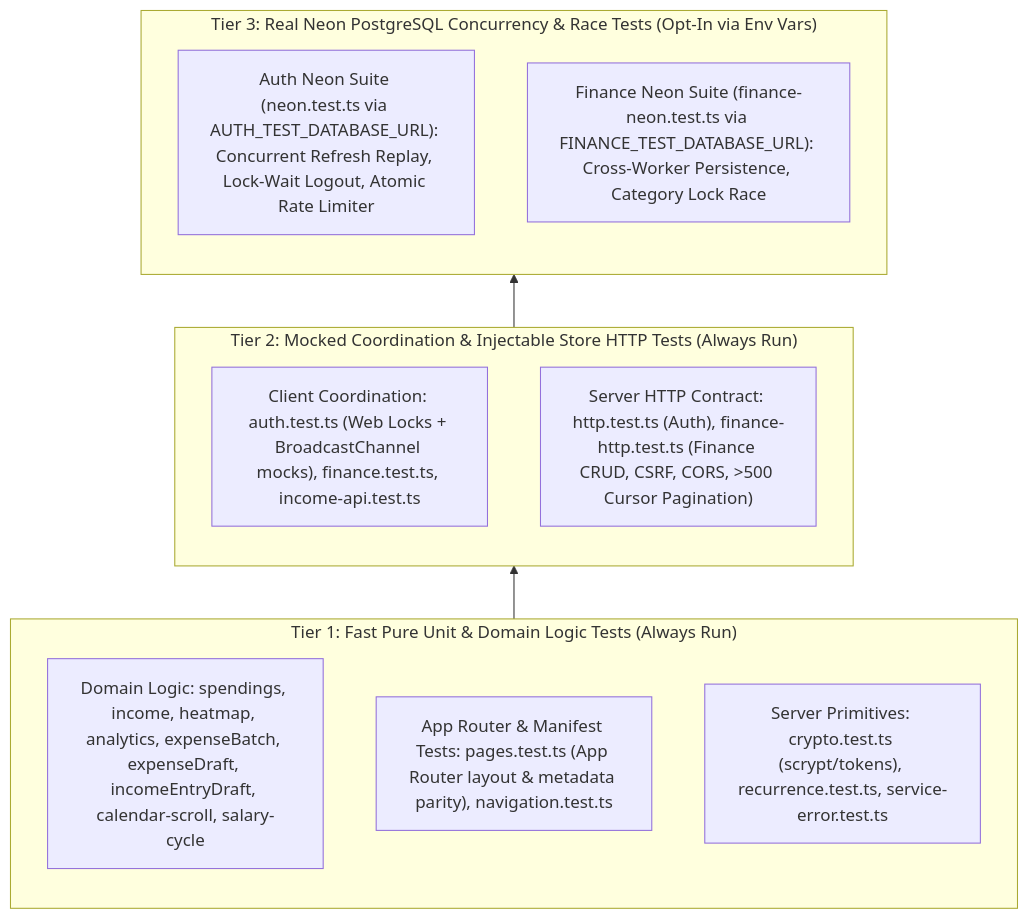
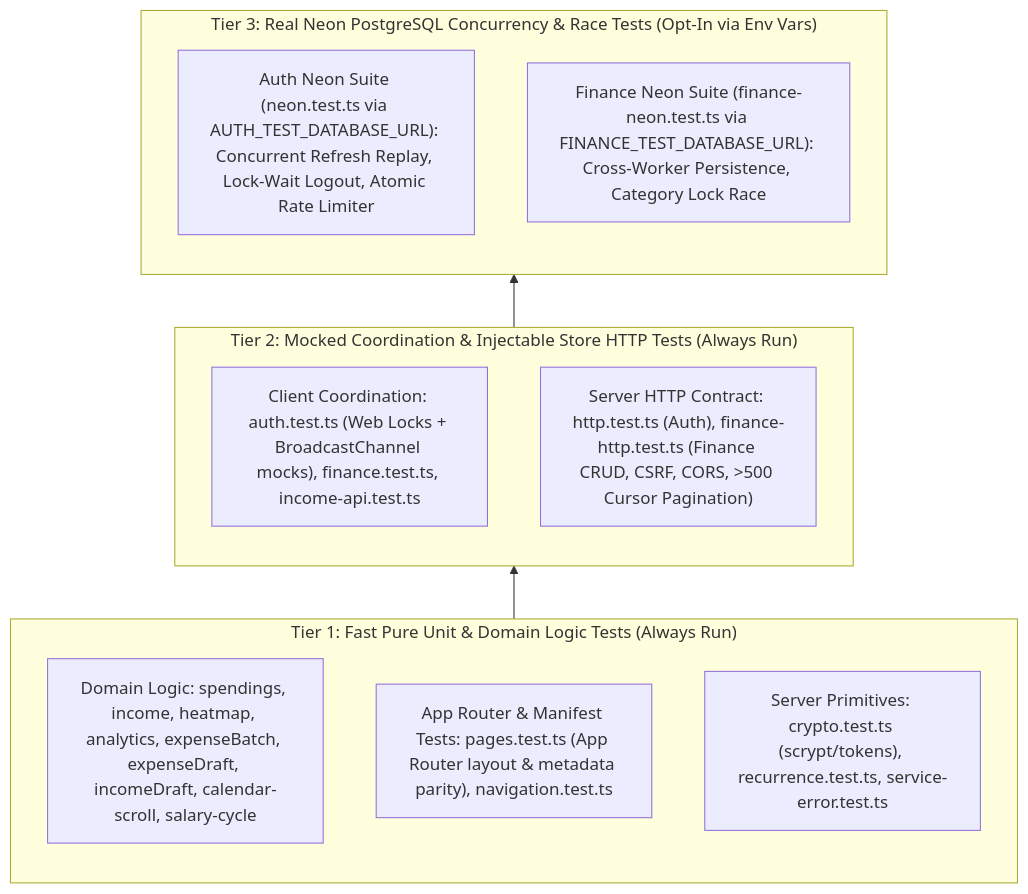
Before and after one commit to nnminh-sam/my_finance: the second of 4 diagrams in docs/03-cicd-architecture.md, drawn with Mermaid. The commit also changed other lines of this file and 51 other files, not shown here.

````diff
--- a/docs/03-cicd-architecture.md
+++ b/docs/03-cicd-architecture.md
@@ -62,20 +62,20 @@
 ```mermaid
 flowchart BT
     subgraph Tier1["Tier 1: Fast Pure Unit & Domain Logic Tests (Always Run)"]
-        DomainLogic["Domain Logic: spendings, income, heatmap, analytics, expenseBatch, expenseDraft, incomeEntryDraft, calendar-scroll, salary-cycle"]
+        DomainLogic["Domain Logic: spendings, income, heatmap, analytics, expenseBatch, expenseDraft, incomeDraft, calendar-scroll, salary-cycle"]
         RoutingTests["App Router & Manifest Tests: pages.test.ts (App Router layout & metadata parity), navigation.test.ts"]
         ServerPrimitives["Server Primitives: crypto.test.ts (scrypt/tokens), recurrence.test.ts, service-error.test.ts"]
     end
 
     subgraph Tier2["Tier 2: Mocked Coordination & Injectable Store HTTP Tests (Always Run)"]
         ClientCoord["Client Coordination: auth.test.ts (Web Locks + BroadcastChannel mocks), finance.test.ts, income-api.test.ts"]
         ServerHTTP["Server HTTP Contract: http.test.ts (Auth), finance-http.test.ts (Finance CRUD, CSRF, CORS, >500 Cursor Pagination)"]
     end
 
     subgraph Tier3["Tier 3: Real Neon PostgreSQL Concurrency & Race Tests (Opt-In via Env Vars)"]
         NeonAuth["Auth Neon Suite (neon.test.ts via AUTH_TEST_DATABASE_URL): Concurrent Refresh Replay, Lock-Wait Logout, Atomic Rate Limiter"]
         NeonFin["Finance Neon Suite (finance-neon.test.ts via FINANCE_TEST_DATABASE_URL): Cross-Worker Persistence, Category Lock Race"]
     end
 
     Tier1 --> Tier2 --> Tier3
 ```
````
